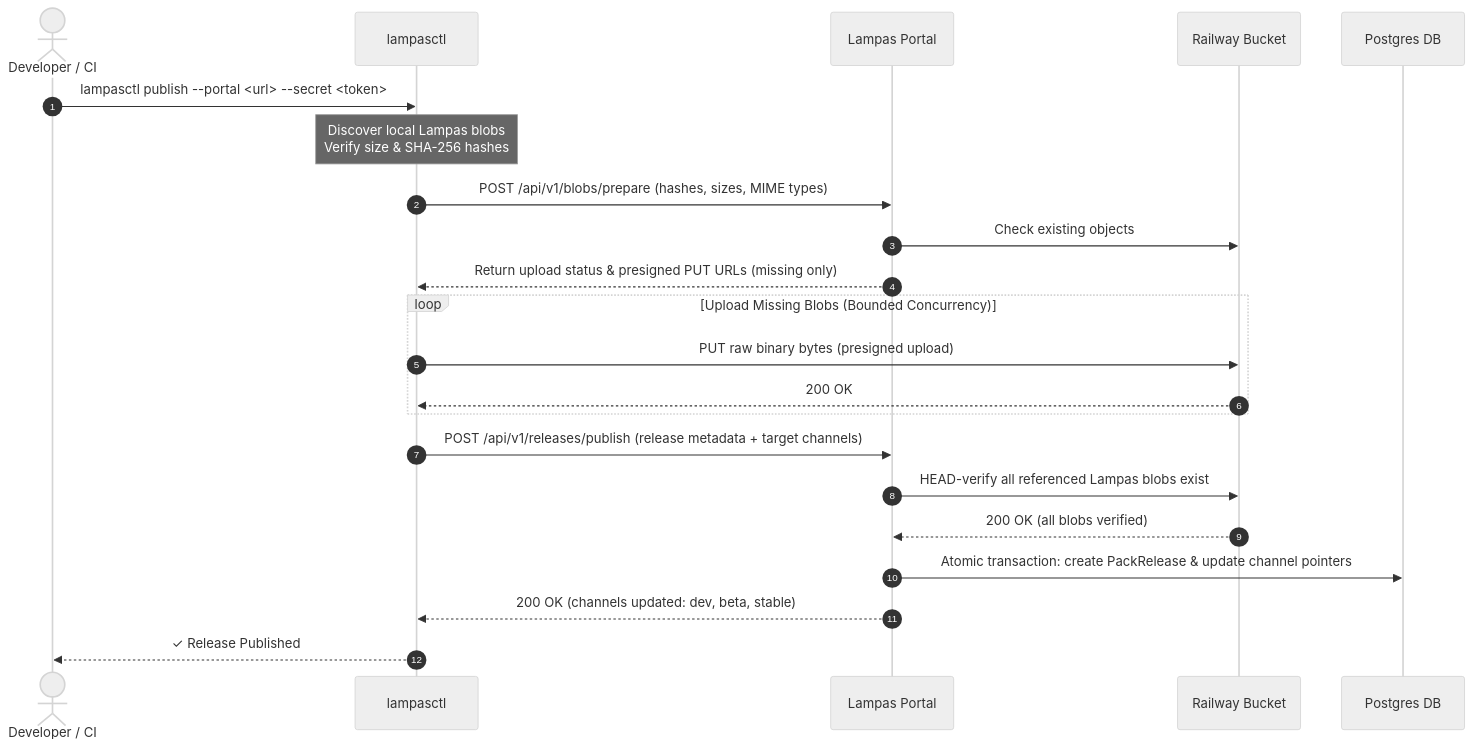
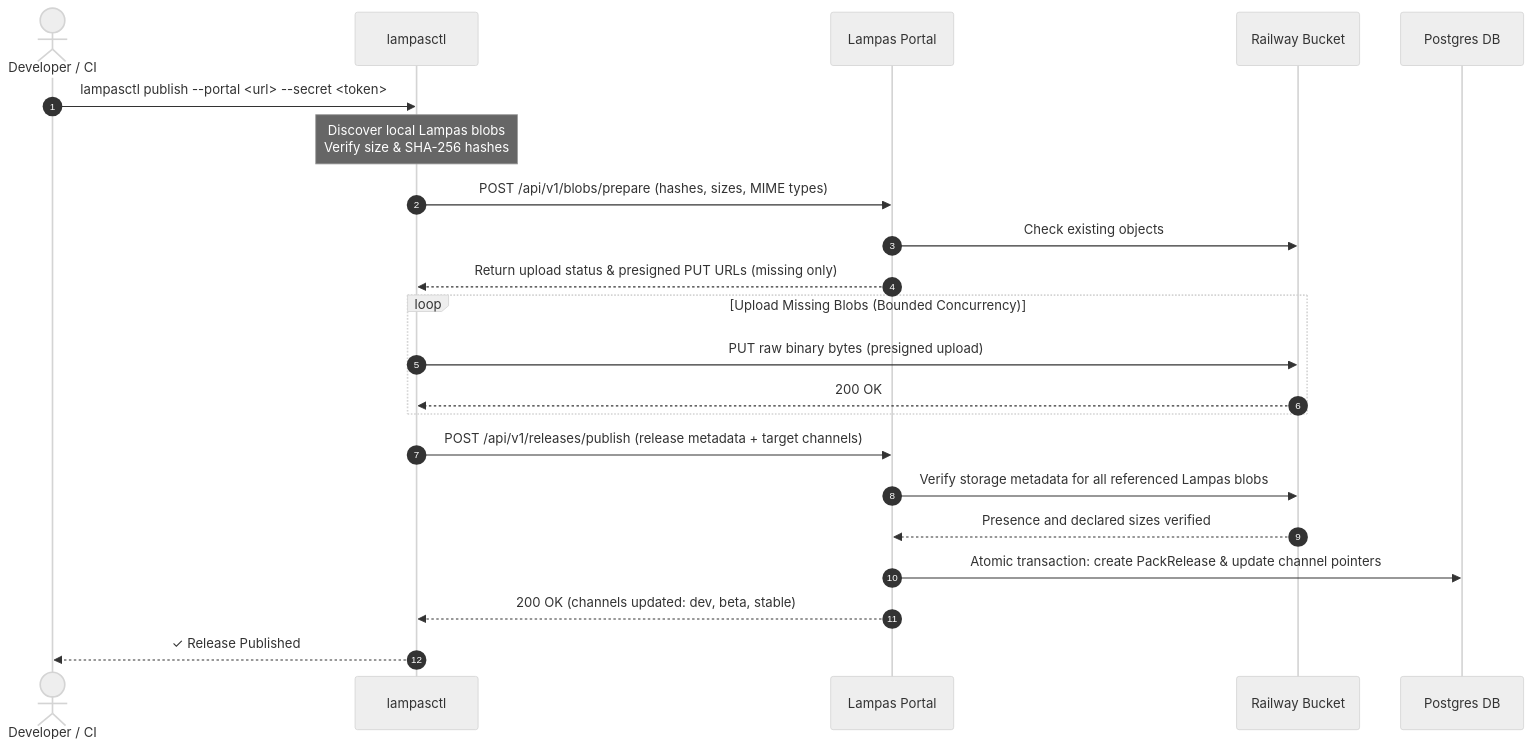
The fourth of 5 diagrams in README.md (justbecauseph/lampas-pipeline), drawn with Mermaid (neutral theme) before and after one commit. The commit also changed other lines of this file, not shown here.

````diff
--- a/README.md
+++ b/README.md
@@ -288,27 +293,27 @@
 ```mermaid
 sequenceDiagram
     autonumber
     actor CI as Developer / CI
     participant CLI as lampasctl
     participant Portal as Lampas Portal
     participant S3 as Railway Bucket
     participant DB as Postgres DB
 
     CI->>CLI: lampasctl publish --portal <url> --secret <token>
     Note over CLI: Discover local Lampas blobs<br/>Verify size & SHA-256 hashes
     CLI->>Portal: POST /api/v1/blobs/prepare (hashes, sizes, MIME types)
     Portal->>S3: Check existing objects
     Portal-->>CLI: Return upload status & presigned PUT URLs (missing only)
 
     loop Upload Missing Blobs (Bounded Concurrency)
         CLI->>S3: PUT raw binary bytes (presigned upload)
         S3-->>CLI: 200 OK
     end
 
     CLI->>Portal: POST /api/v1/releases/publish (release metadata + target channels)
-    Portal->>S3: HEAD-verify all referenced Lampas blobs exist
-    S3-->>Portal: 200 OK (all blobs verified)
+    Portal->>S3: Verify storage metadata for all referenced Lampas blobs
+    S3-->>Portal: Presence and declared sizes verified
     Portal->>DB: Atomic transaction: create PackRelease & update channel pointers
     Portal-->>CLI: 200 OK (channels updated: dev, beta, stable)
     CLI-->>CI: ✓ Release Published
 ```
````
